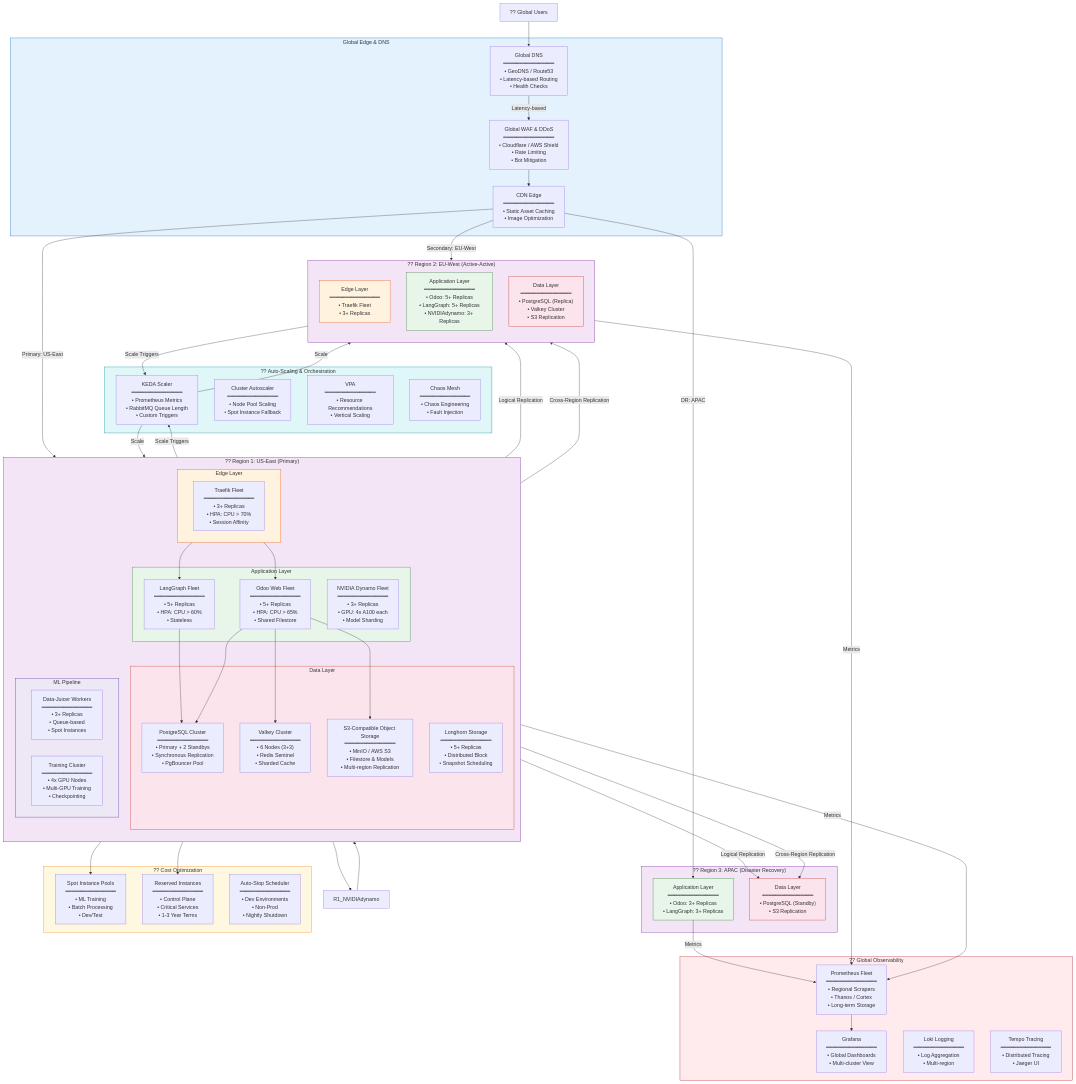
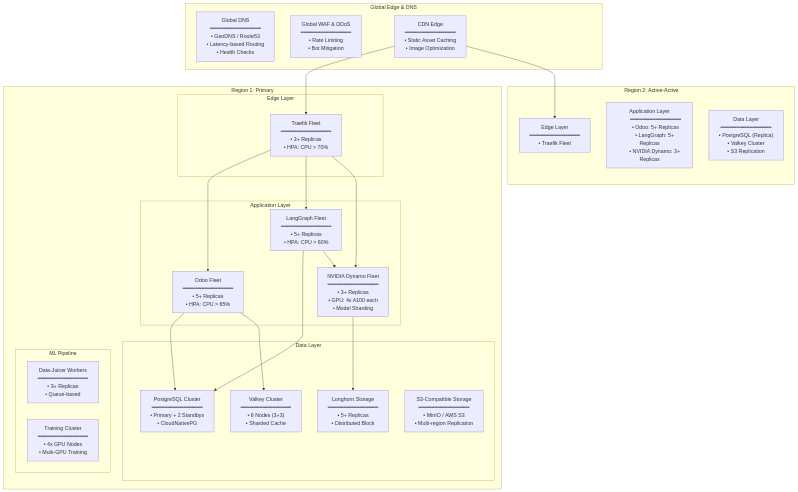
The diagram in docs/developer/future-infrastructure-scaling-architecture.md (nettrades/nettrades-platform), drawn with Mermaid before and after one commit. The commit also changed other lines of this file, not shown here.

Commit message:
cupdated docs

````diff
--- a/docs/developer/future-infrastructure-scaling-architecture.md
+++ b/docs/developer/future-infrastructure-scaling-architecture.md
@@ -3,129 +5,98 @@
 ```mermaid
-
 flowchart TB
     subgraph Global["Global Edge & DNS"]
-        DNS["Global DNS<br>━━━━━━━━━━━━━━━━<br>• GeoDNS / Route53<br>• Latency-based Routing<br>• Health Checks"]
-        WAF["Global WAF & DDoS<br>━━━━━━━━━━━━━━━━<br>• Cloudflare / AWS Shield<br>• Rate Limiting<br>• Bot Mitigation"]
-        CDN["CDN Edge<br>━━━━━━━━━━━━━━━━<br>• Static Asset Caching<br>• Image Optimization"]
+        DNS["Global DNS
+        ━━━━━━━━━━━━━━━━
+        • GeoDNS / Route53
+        • Latency-based Routing
+        • Health Checks"]
+        WAF["Global WAF & DDoS
+        ━━━━━━━━━━━━━━━━
+        • Rate Limiting
+        • Bot Mitigation"]
+        CDN["CDN Edge
+        ━━━━━━━━━━━━━━━━
+        • Static Asset Caching
+        • Image Optimization"]
     end
 
-    subgraph Region1["?? Region 1: US-East (Primary)"]
-        direction TB
-        
+    subgraph Region1["Region 1: Primary"]
         subgraph R1_Edge["Edge Layer"]
-            R1_Traefik["Traefik Fleet<br>━━━━━━━━━━━━━━━━<br>• 3+ Replicas<br>• HPA: CPU > 70%<br>• Session Affinity"]
+            R1_Traefik["Traefik Fleet
+            ━━━━━━━━━━━━━━━━
+            • 3+ Replicas
+            • HPA: CPU > 70%"]
         end
-        
         subgraph R1_App["Application Layer"]
-            R1_Odoo["Odoo Web Fleet<br>━━━━━━━━━━━━━━━━<br>• 5+ Replicas<br>• HPA: CPU > 65%<br>• Shared Filestore"]
-            R1_LangGraph["LangGraph Fleet<br>━━━━━━━━━━━━━━━━<br>• 5+ Replicas<br>• HPA: CPU > 60%<br>• Stateless"]
-            NVIDIAdynamo["NVIDIA Dynamo Fleet<br>━━━━━━━━━━━━━━━━<br>• 3+ Replicas<br>• GPU: 4x A100 each<br>• Model Sharding"]
+            R1_Odoo["Odoo Fleet
+            ━━━━━━━━━━━━━━━━
+            • 5+ Replicas
+            • HPA: CPU > 65%"]
+            R1_LangGraph["LangGraph Fleet
+            ━━━━━━━━━━━━━━━━
+            • 5+ Replicas
+            • HPA: CPU > 60%"]
+            R1_Dynamo["NVIDIA Dynamo Fleet
+            ━━━━━━━━━━━━━━━━
+            • 3+ Replicas
+            • GPU: 4x A100 each
+            • Model Sharding"]
         end
-        
         subgraph R1_Data["Data Layer"]
-            R1_Postgres["PostgreSQL Cluster<br>━━━━━━━━━━━━━━━━<br>• Primary + 2 Standbys<br>• Synchronous Replication<br>• PgBouncer Pool"]
-            R1_Valkey["Valkey Cluster<br>━━━━━━━━━━━━━━━━<br>• 6 Nodes (3+3)<br>• Redis Sentinel<br>• Sharded Cache"]
-            R1_Longhorn["Longhorn Storage<br>━━━━━━━━━━━━━━━━<br>• 5+ Replicas<br>• Distributed Block<br>• Snapshot Scheduling"]
-            R1_S3["S3-Compatible Object Storage<br>━━━━━━━━━━━━━━━━<br>• MinIO / AWS S3<br>• Filestore & Models<br>• Multi-region Replication"]
+            R1_Postgres["PostgreSQL Cluster
+            ━━━━━━━━━━━━━━━━
+            • Primary + 2 Standbys
+            • CloudNativePG"]
+            R1_Valkey["Valkey Cluster
+            ━━━━━━━━━━━━━━━━
+            • 6 Nodes (3+3)
+            • Sharded Cache"]
+            R1_Longhorn["Longhorn Storage
+            ━━━━━━━━━━━━━━━━
+            • 5+ Replicas
+            • Distributed Block"]
+            R1_S3["S3-Compatible Storage
+            ━━━━━━━━━━━━━━━━
+            • MinIO / AWS S3
+            • Multi-region Replication"]
         end
-        
         subgraph R1_ML["ML Pipeline"]
-            R1_DataJuicer["Data-Juicer Workers<br>━━━━━━━━━━━━━━━━<br>• 3+ Replicas<br>• Queue-based<br>• Spot Instances"]
-            R1_Trainer["Training Cluster<br>━━━━━━━━━━━━━━━━<br>• 4x GPU Nodes<br>• Multi-GPU Training<br>• Checkpointing"]
+            R1_DataJuicer["Data-Juicer Workers
+            ━━━━━━━━━━━━━━━━
+            • 3+ Replicas
+            • Queue-based"]
+            R1_Trainer["Training Cluster
+            ━━━━━━━━━━━━━━━━
+            • 4x GPU Nodes
+            • Multi-GPU Training"]
         end
     end
 
-    subgraph Region2["?? Region 2: EU-West (Active-Active)"]
-        direction TB
-        
-        R2_Edge["Edge Layer<br>━━━━━━━━━━━━━━━━<br>• Traefik Fleet<br>• 3+ Replicas"]
-        R2_App["Application Layer<br>━━━━━━━━━━━━━━━━<br>• Odoo: 5+ Replicas<br>• LangGraph: 5+ Replicas<br>• NVIDIAdynamo: 3+ Replicas"]
-        R2_Data["Data Layer<br>━━━━━━━━━━━━━━━━<br>• PostgreSQL (Replica)<br>• Valkey Cluster<br>• S3 Replication"]
+    subgraph Region2["Region 2: Active-Active"]
+        R2_Edge["Edge Layer
+        ━━━━━━━━━━━━━━━━
+        • Traefik Fleet"]
+        R2_App["Application Layer
+        ━━━━━━━━━━━━━━━━
+        • Odoo: 5+ Replicas
+        • LangGraph: 5+ Replicas
+        • NVIDIA Dynamo: 3+ Replicas"]
+        R2_Data["Data Layer
+        ━━━━━━━━━━━━━━━━
+        • PostgreSQL (Replica)
+        • Valkey Cluster
+        • S3 Replication"]
     end
 
-    subgraph Region3["?? Region 3: APAC (Disaster Recovery)"]
-        R3_App["Application Layer<br>━━━━━━━━━━━━━━━━<br>• Odoo: 3+ Replicas<br>• LangGraph: 3+ Replicas"]
-        R3_Data["Data Layer<br>━━━━━━━━━━━━━━━━<br>• PostgreSQL (Standby)<br>• S3 Replication"]
-    end
-
-    subgraph Observability["?? Global Observability"]
-        Prometheus["Prometheus Fleet<br>━━━━━━━━━━━━━━━━<br>• Regional Scrapers<br>• Thanos / Cortex<br>• Long-term Storage"]
-        Grafana["Grafana<br>━━━━━━━━━━━━━━━━<br>• Global Dashboards<br>• Multi-cluster View"]
-        Loki["Loki Logging<br>━━━━━━━━━━━━━━━━<br>• Log Aggregation<br>• Multi-region"]
-        Tempo["Tempo Tracing<br>━━━━━━━━━━━━━━━━<br>• Distributed Tracing<br>• Jaeger UI"]
-    end
-
-    subgraph Automation["?? Auto-Scaling & Orchestration"]
-        KEDA["KEDA Scaler<br>━━━━━━━━━━━━━━━━<br>• Prometheus Metrics<br>• RabbitMQ Queue Length<br>• Custom Triggers"]
-        ClusterAutoscaler["Cluster Autoscaler<br>━━━━━━━━━━━━━━━━<br>• Node Pool Scaling<br>• Spot Instance Fallback"]
-        VPA["VPA<br>━━━━━━━━━━━━━━━━<br>• Resource Recommendations<br>• Vertical Scaling"]
-        ChaosMesh["Chaos Mesh<br>━━━━━━━━━━━━━━━━<br>• Chaos Engineering<br>• Fault Injection"]
-    end
-
-    subgraph CostOptimization["?? Cost Optimization"]
-        SpotInstances["Spot Instance Pools<br>━━━━━━━━━━━━━━━━<br>• ML Training<br>• Batch Processing<br>• Dev/Test"]
-        ReservedInstances["Reserved Instances<br>━━━━━━━━━━━━━━━━<br>• Control Plane<br>• Critical Services<br>• 1-3 Year Terms"]
-        AutoStop["Auto-Stop Scheduler<br>━━━━━━━━━━━━━━━━<br>• Dev Environments<br>• Non-Prod<br>• Nightly Shutdown"]
-    end
-
-    %% Global Traffic Flow
-    Users["?? Global Users"] --> DNS
-    DNS -->|"Latency-based"| WAF
-    WAF --> CDN
-    CDN -->|"Primary: US-East"| R1_Edge
-    CDN -->|"Secondary: EU-West"| R2_Edge
-    CDN -->|"DR: APAC"| R3_App
-
-    %% Region 1 Internal Flows
-    R1_Edge --> R1_Odoo
-    R1_Edge --> R1_LangGraph
+    CDN --> R1_Traefik
+    CDN --> R2_Edge
+    R1_Traefik --> R1_Odoo
+    R1_Traefik --> R1_LangGraph
+    R1_Traefik --> R1_Dynamo
     R1_Odoo --> R1_Postgres
     R1_Odoo --> R1_Valkey
-    R1_Odoo --> R1_S3
     R1_LangGraph --> R1_Postgres
-    R1_LangGraph --> R1_NVIDIAdynamo
-    R1_NVIDIAdynamo --> R1_Postgres
-
-    %% Cross-Region Replication
-    R1_Postgres -->|"Logical Replication"| R2_Data
-    R1_Postgres -->|"Logical Replication"| R3_Data
-    R1_S3 -->|"Cross-Region Replication"| R2_Data
-    R1_S3 -->|"Cross-Region Replication"| R3_Data
-
-    %% Observability
-    R1_App -->|"Metrics"| Prometheus
-    R2_App -->|"Metrics"| Prometheus
-    R3_App -->|"Metrics"| Prometheus
-    Prometheus --> Grafana
-
-    %% Auto-Scaling
-    R1_App -->|"Scale Triggers"| KEDA
-    R2_App -->|"Scale Triggers"| KEDA
-    KEDA -->|"Scale"| R1_App
-    KEDA -->|"Scale"| R2_App
-
-    %% Cost Optimization
-    R1_ML --> SpotInstances
-    R1_App --> ReservedInstances
-
-    classDef global fill:#e3f2fd,stroke:#1565c0;
-    classDef region fill:#f3e5f5,stroke:#6a1b9a;
-    classDef edge fill:#fff3e0,stroke:#e65100;
-    classDef app fill:#e8f5e9,stroke:#2e7d32;
-    classDef data fill:#fce4ec,stroke:#c62828;
-    classDef ml fill:#ede7f6,stroke:#4527a0;
-    classDef observability fill:#ffebee,stroke:#b71c1c;
-    classDef automation fill:#e0f7fa,stroke:#00838f;
-    classDef cost fill:#fff8e1,stroke:#f57f17;
-
-    class Global global;
-    class Region1,Region2,Region3 region;
-    class R1_Edge,R2_Edge edge;
-    class R1_App,R2_App,R3_App app;
-    class R1_Data,R2_Data,R3_Data data;
-    class R1_ML ml;
-    class Observability observability;
-    class Automation automation;
-    class CostOptimization cost;
+    R1_LangGraph --> R1_Dynamo
+    R1_Dynamo --> R1_Longhorn
 
 ```
````
